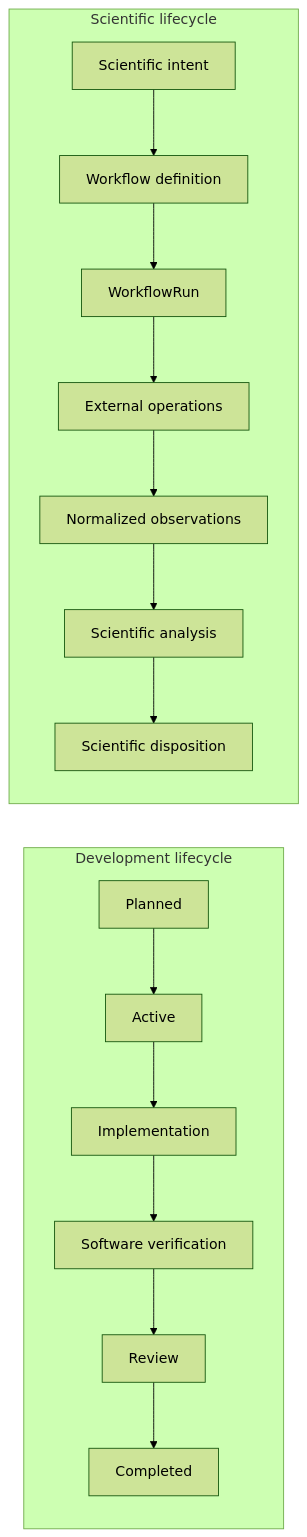
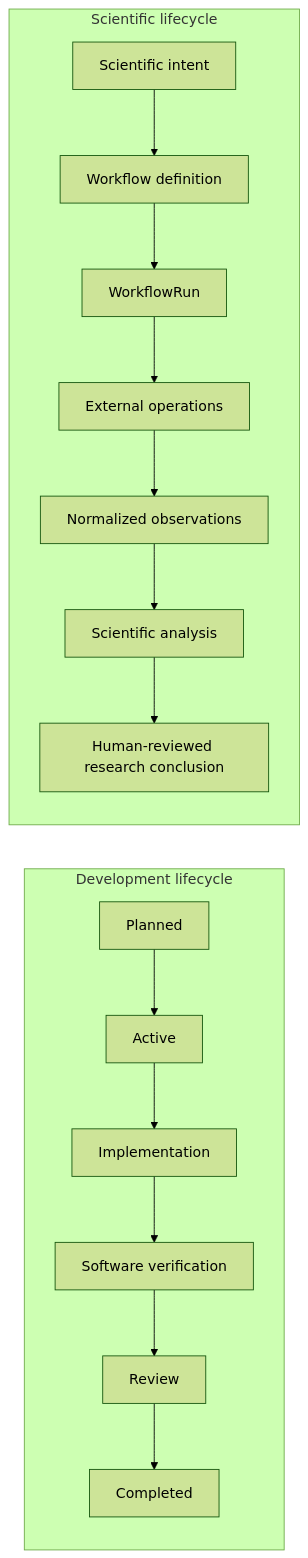
Before and after one commit to eragasa/ksdft2effmass: the second of 2 diagrams in docs/architecture/v2/separation-of-harness-and-workflow.md, drawn with Mermaid (forest theme). The commit also changed other lines of this file and 43 other files, not shown here.

Commit message:
docs(architecture): accept and close v2 planning

````diff
--- a/docs/architecture/v2/separation-of-harness-and-workflow.md
+++ b/docs/architecture/v2/separation-of-harness-and-workflow.md
@@ -64,25 +64,25 @@
 ```mermaid
 flowchart LR
     subgraph DEVELOPMENT["Development lifecycle"]
         DP["Planned"]
         DA["Active"]
         DI["Implementation"]
         DV["Software verification"]
         DR["Review"]
         DC["Completed"]
 
         DP --> DA --> DI --> DV --> DR --> DC
     end
 
     subgraph SCIENTIFIC["Scientific lifecycle"]
         SI["Scientific intent"]
         CD["Workflow definition"]
         CR["WorkflowRun"]
         EO["External operations"]
         NO["Normalized observations"]
         SA["Scientific analysis"]
-        SD["Scientific disposition"]
+        HR["Human-reviewed research conclusion"]
 
-        SI --> CD --> CR --> EO --> NO --> SA --> SD
+        SI --> CD --> CR --> EO --> NO --> SA --> HR
     end
 ```
````
